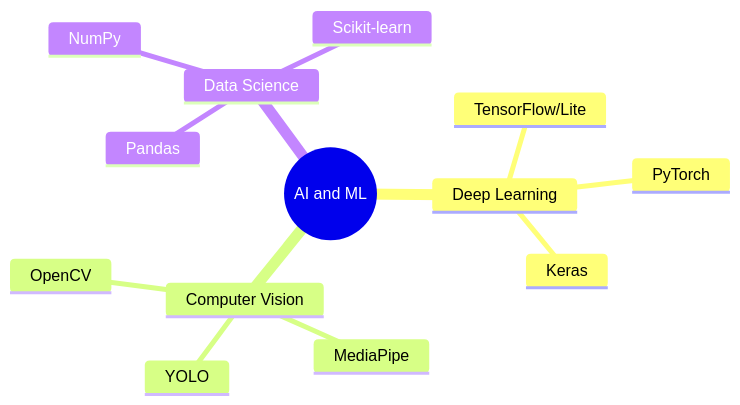
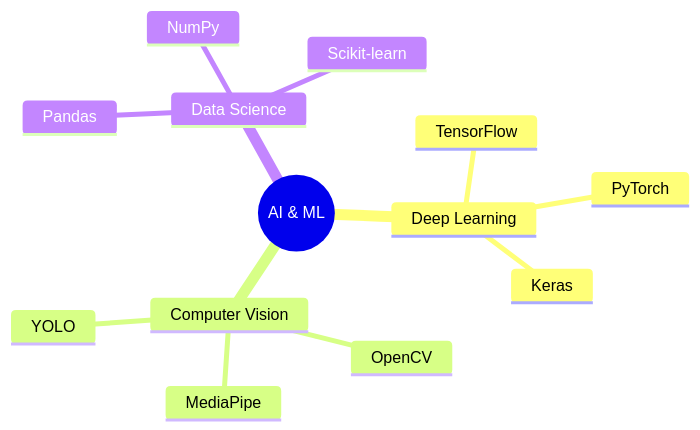
The second of 3 diagrams in README.md (KhamessiTaha/KhamessiTaha), drawn with Mermaid before and after one commit. The commit also changed other lines of this file, not shown here.

````diff
--- a/README.md
+++ b/README.md
@@ -111,17 +97,16 @@
 ```mermaid
 mindmap
-  root((AI and ML))
+  root((AI & ML))
     Deep Learning
-      TensorFlow/Lite
+      TensorFlow
       PyTorch
       Keras
     Computer Vision
       OpenCV
       MediaPipe
       YOLO
     Data Science
       Pandas
       NumPy
       Scikit-learn
-      
 ```
````
